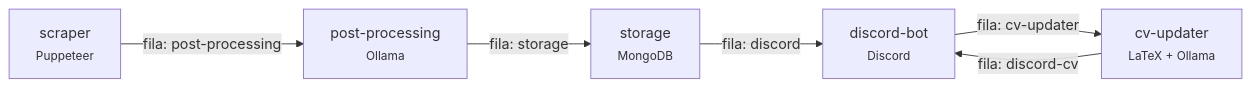
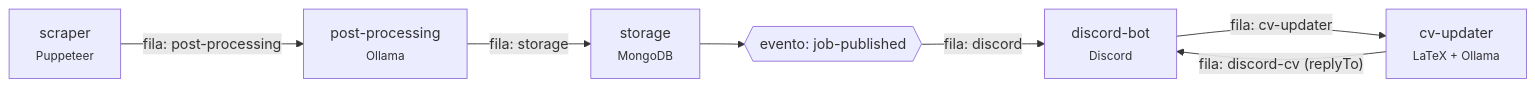
The diagram in README.md (P0sseid0n/jobs-scraper), drawn with Mermaid before and after one commit. The commit also changed other lines of this file and 10 other files, not shown here.

````diff
--- a/README.md
+++ b/README.md
@@ -9,8 +9,9 @@
 ```mermaid
 flowchart LR
 	scraper["scraper<br/><small>Puppeteer</small>"] -- "fila: post-processing" --> processing["post-processing<br/><small>Ollama</small>"]
 	processing -- "fila: storage" --> storage["storage<br/><small>MongoDB</small>"]
-	storage -- "fila: discord" --> bot["discord-bot<br/><small>Discord</small>"]
+	storage --> event{{"evento: job-published"}}
+	event -- "fila: discord" --> bot["discord-bot<br/><small>Discord</small>"]
 	bot -- "fila: cv-updater" --> cv["cv-updater<br/><small>LaTeX + Ollama</small>"]
-	cv -- "fila: discord-cv" --> bot
+	cv -- "fila: discord-cv (replyTo)" --> bot
 ```
````
